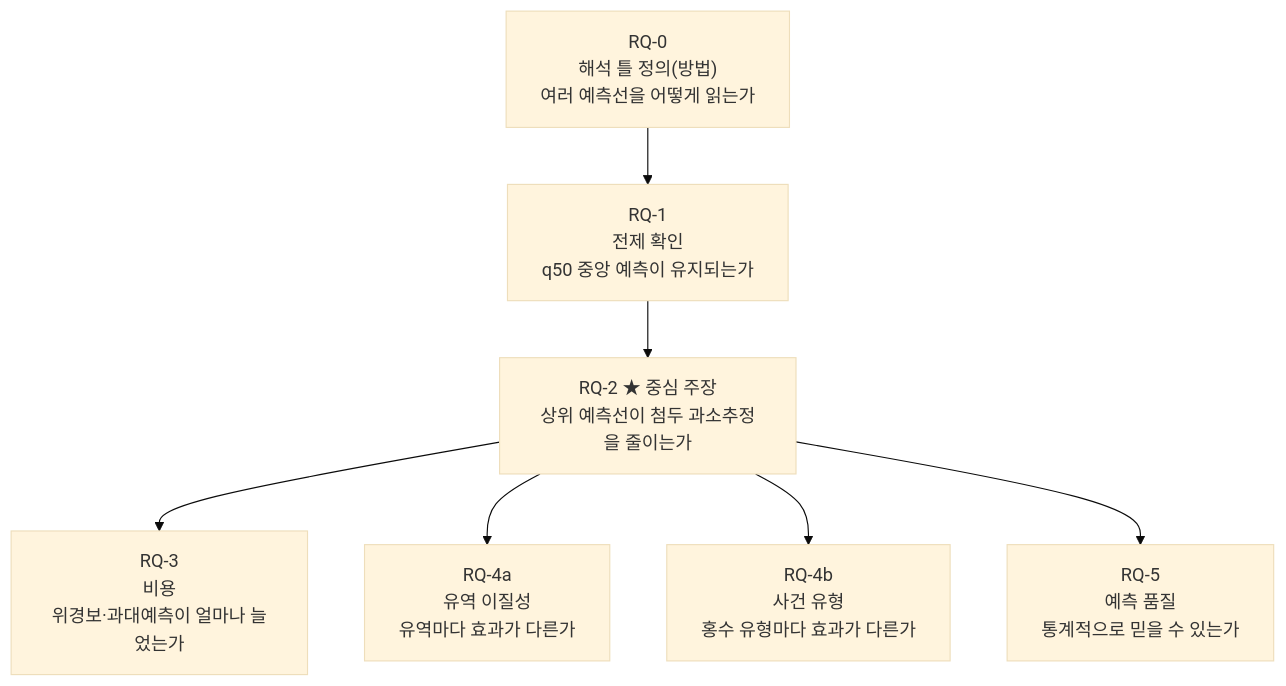
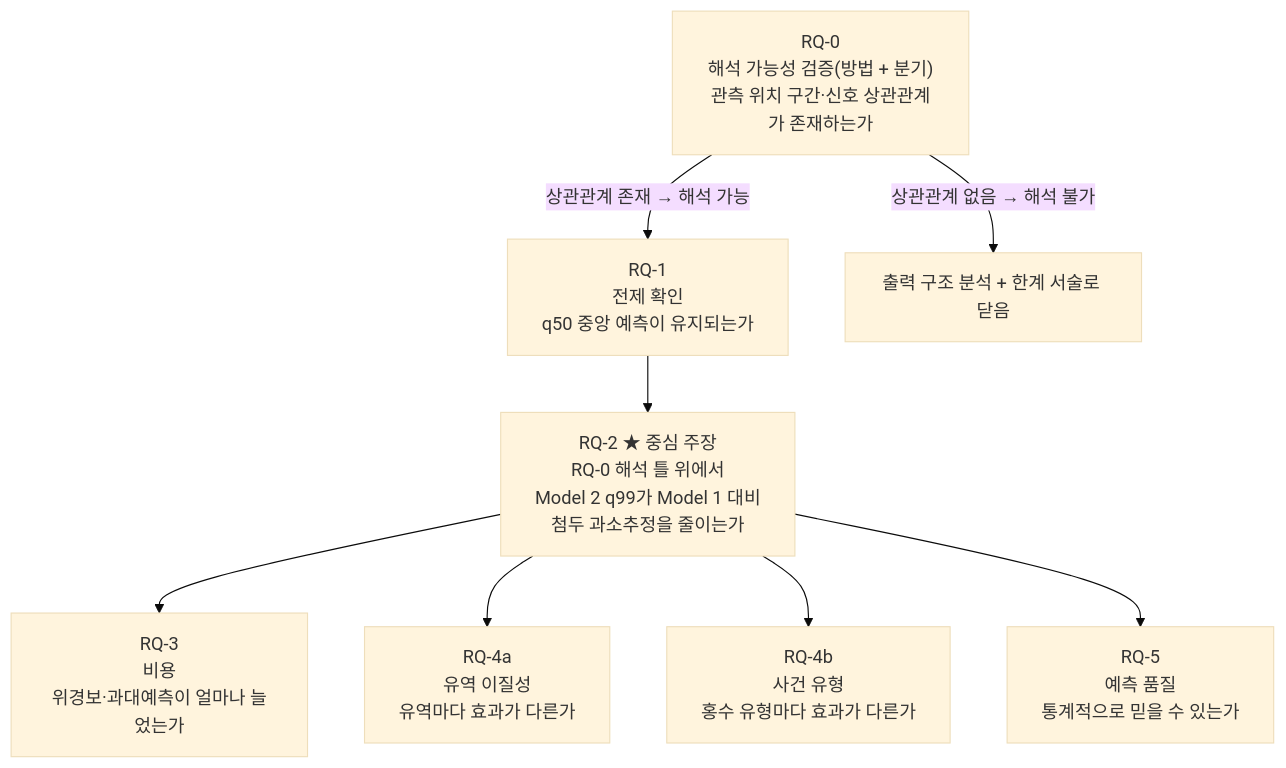
One commit to mossyantler/flood-underestimation-lstm changed the first of 2 diagrams in docs/explain/08_rq_analysis_map.md. Above: the diagram before and after it, drawn with Mermaid (base theme). The commit also changed other lines of this file and 6 other files, not shown here.

First line of the commit message:
docs: clarify RQ-0 gate + RQ-2 framing and add figure language rules

````diff
--- a/docs/explain/08_rq_analysis_map.md
+++ b/docs/explain/08_rq_analysis_map.md
@@ -110,9 +110,11 @@
 ```mermaid
 flowchart TD
-    A["RQ-0<br/>해석 틀 정의(방법)<br/>여러 예측선을 어떻게 읽는가"] --> B["RQ-1<br/>전제 확인<br/>q50 중앙 예측이 유지되는가"]
-    B --> C["RQ-2 ★ 중심 주장<br/>상위 예측선이 첨두 과소추정을 줄이는가"]
+    A["RQ-0<br/>해석 가능성 검증(방법 + 분기)<br/>관측 위치 구간·신호 상관관계가 존재하는가"]
+    A -->|"상관관계 존재 → 해석 가능"| B["RQ-1<br/>전제 확인<br/>q50 중앙 예측이 유지되는가"]
+    A -->|"상관관계 없음 → 해석 불가"| Z["출력 구조 분석 + 한계 서술로 닫음"]
+    B --> C["RQ-2 ★ 중심 주장<br/>RQ-0 해석 틀 위에서<br/>Model 2 q99가 Model 1 대비<br/>첨두 과소추정을 줄이는가"]
     C --> D["RQ-3<br/>비용<br/>위경보·과대예측이 얼마나 늘었는가"]
     C --> E["RQ-4a<br/>유역 이질성<br/>유역마다 효과가 다른가"]
     C --> F["RQ-4b<br/>사건 유형<br/>홍수 유형마다 효과가 다른가"]
     C --> G["RQ-5<br/>예측 품질<br/>통계적으로 믿을 수 있는가"]
 ```
````
